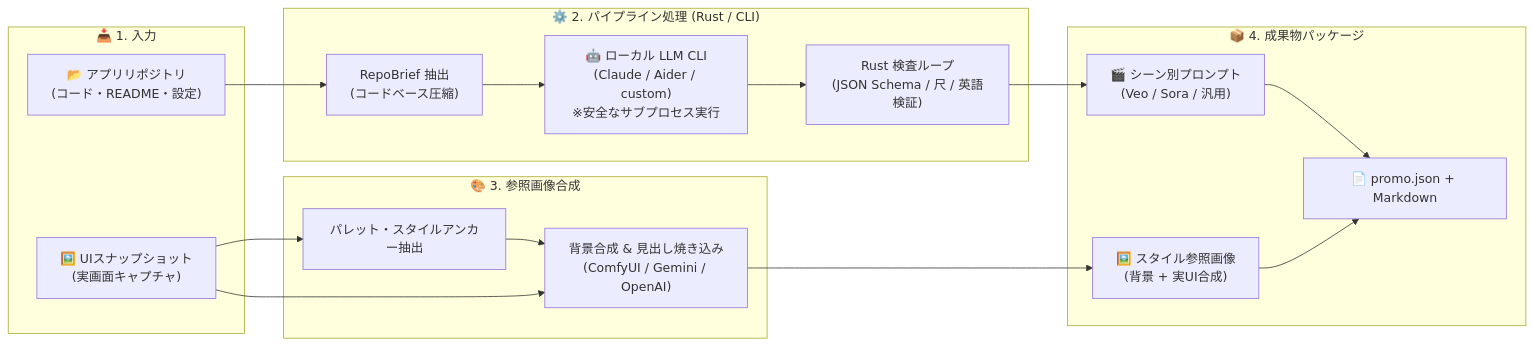
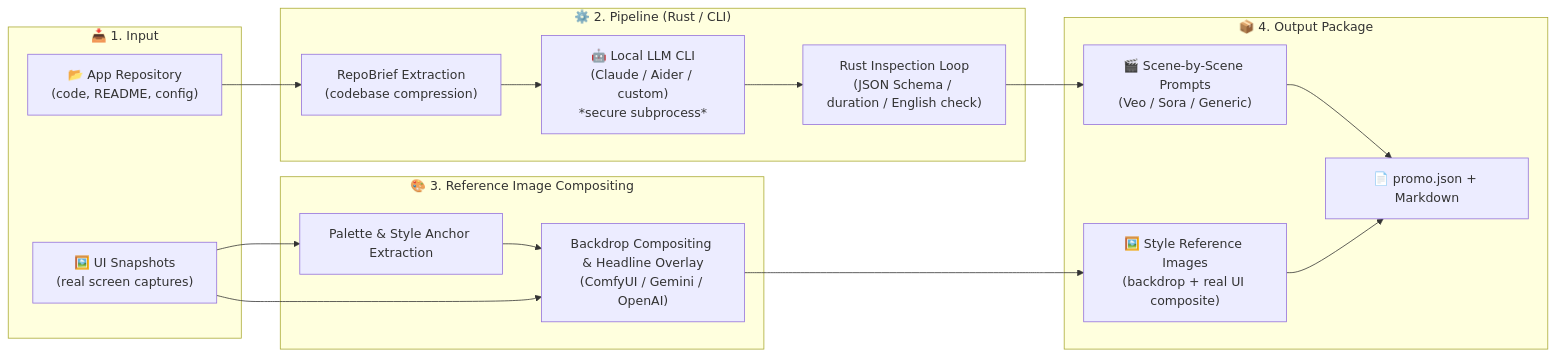
Before and after one commit to betyourluck/AppPromoVideo: the diagram in README.md, drawn with Mermaid. The commit also changed other lines of this file and 2 other files, not shown here.

````diff
--- a/README.md
+++ b/README.md
@@ -47,34 +49,34 @@
 ```mermaid
 flowchart LR
-    subgraph Input ["📥 1. 入力"]
-        Repo["📂 アプリリポジトリ<br/>(コード・README・設定)"]
-        Snap["🖼️ UIスナップショット<br/>(実画面キャプチャ)"]
+    subgraph Input ["📥 1. Input"]
+        Repo["📂 App Repository<br/>(code, README, config)"]
+        Snap["🖼️ UI Snapshots<br/>(real screen captures)"]
     end
 
-    subgraph Pipeline ["⚙️ 2. パイプライン処理 (Rust / CLI)"]
-        Brief["RepoBrief 抽出<br/>(コードベース圧縮)"]
-        LLM["🤖 ローカル LLM CLI<br/>(Claude / Aider / custom)<br/>※安全なサブプロセス実行"]
-        Inspect["Rust 検査ループ<br/>(JSON Schema / 尺 / 英語検証)"]
+    subgraph Pipeline ["⚙️ 2. Pipeline (Rust / CLI)"]
+        Brief["RepoBrief Extraction<br/>(codebase compression)"]
+        LLM["🤖 Local LLM CLI<br/>(Claude / Aider / custom)<br/>*secure subprocess*"]
+        Inspect["Rust Inspection Loop<br/>(JSON Schema / duration / English check)"]
         Brief --> LLM --> Inspect
     end
 
-    subgraph ImageGen ["🎨 3. 参照画像合成"]
-        Palette["パレット・スタイルアンカー抽出"]
-        Compose["背景合成 & 見出し焼き込み<br/>(ComfyUI / Gemini / OpenAI)"]
+    subgraph ImageGen ["🎨 3. Reference Image Compositing"]
+        Palette["Palette & Style Anchor Extraction"]
+        Compose["Backdrop Compositing & Headline Overlay<br/>(ComfyUI / Gemini / OpenAI)"]
         Palette --> Compose
     end
 
-    subgraph Output ["📦 4. 成果物パッケージ"]
-        Scene["🎬 シーン別プロンプト<br/>(Veo / Sora / 汎用)"]
-        RefImg["🖼️ スタイル参照画像<br/>(背景 + 実UI合成)"]
+    subgraph Output ["📦 4. Output Package"]
+        Scene["🎬 Scene-by-Scene Prompts<br/>(Veo / Sora / Generic)"]
+        RefImg["🖼️ Style Reference Images<br/>(backdrop + real UI composite)"]
         Pkg["📄 promo.json + Markdown"]
     end
 
     Repo --> Brief
     Snap --> Palette
     Snap --> Compose
     Inspect --> Scene
     Compose --> RefImg
     Scene --> Pkg
     RefImg --> Pkg
 ```
````
